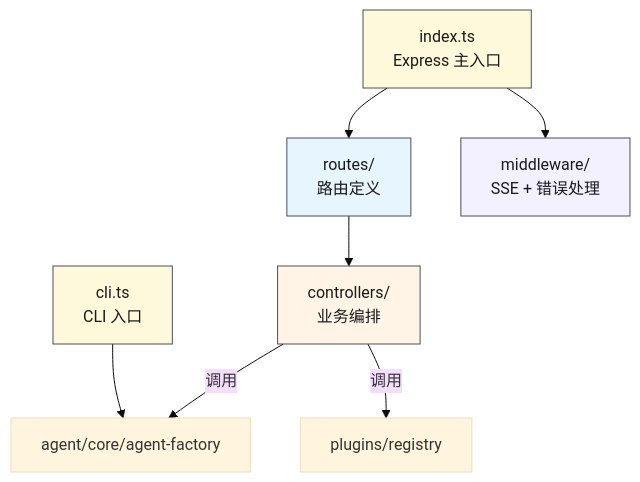
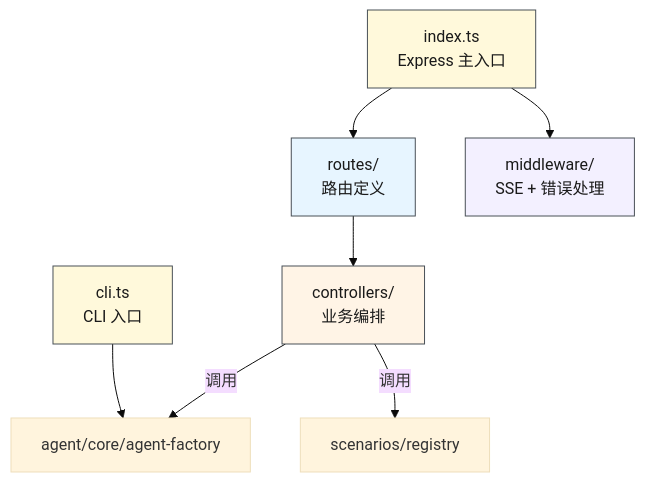
Before and after one commit to yjzaaa/leave-approval-agent: the first of 3 diagrams in src/server/CLAUDE.md, drawn with Mermaid (base theme). The commit also changed other lines of this file and 80 other files, not shown here.

````diff
--- a/src/server/CLAUDE.md
+++ b/src/server/CLAUDE.md
@@ -34,22 +34,22 @@
 ```mermaid
 graph TD
     Index["index.ts<br/>Express 主入口"]
     CLI["cli.ts<br/>CLI 入口"]
     Routes["routes/<br/>路由定义"]
     Middleware["middleware/<br/>SSE + 错误处理"]
     Controllers["controllers/<br/>业务编排"]
 
     Index --> Routes
     Index --> Middleware
     Routes --> Controllers
     Controllers -->|"调用"| AgentFactory["agent/core/agent-factory"]
-    Controllers -->|"调用"| Registry["plugins/registry"]
+    Controllers -->|"调用"| Registry["scenarios/registry"]
 
     CLI --> AgentFactory
 
     style Index fill:#fff9db,stroke:#495057,color:#1a1a1a
     style CLI fill:#fff9db,stroke:#495057,color:#1a1a1a
     style Routes fill:#e7f5ff,stroke:#495057,color:#1a1a1a
     style Middleware fill:#f3f0ff,stroke:#495057,color:#1a1a1a
     style Controllers fill:#fff4e6,stroke:#495057,color:#1a1a1a
 ```
````
